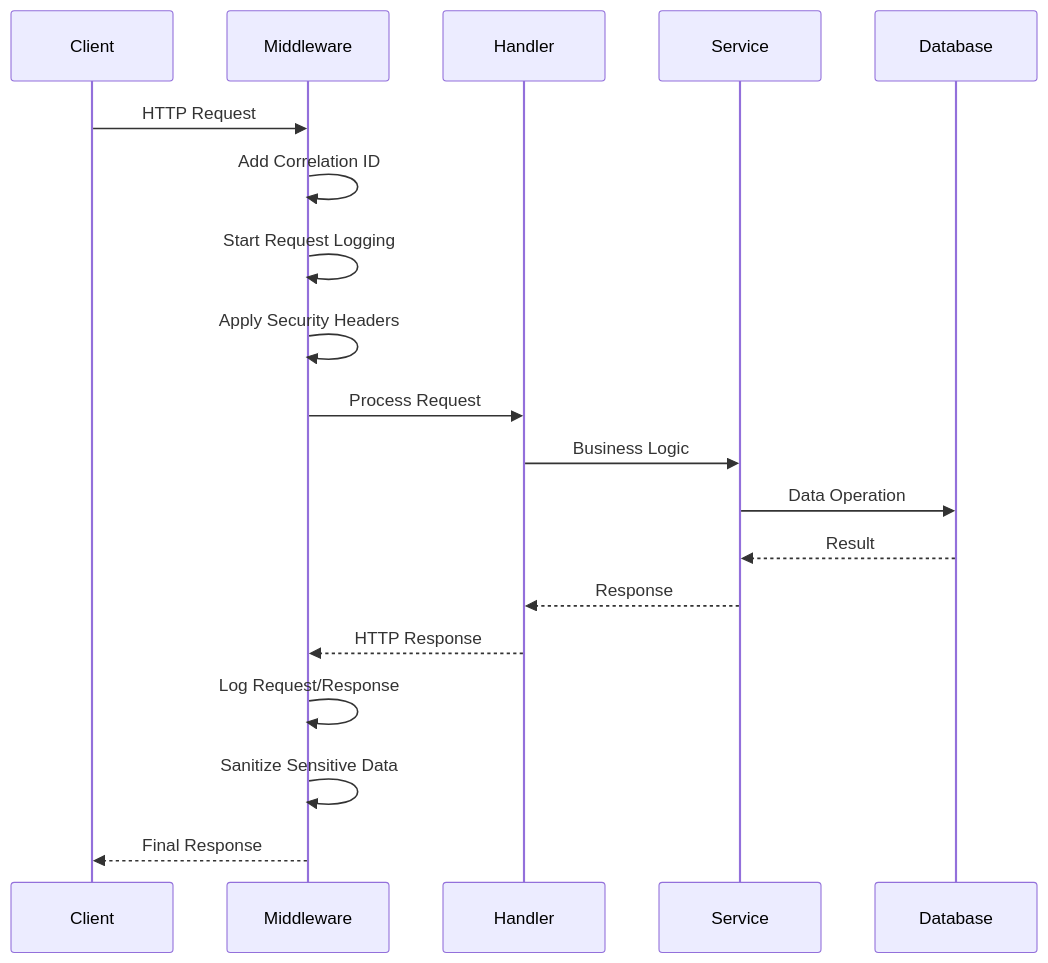
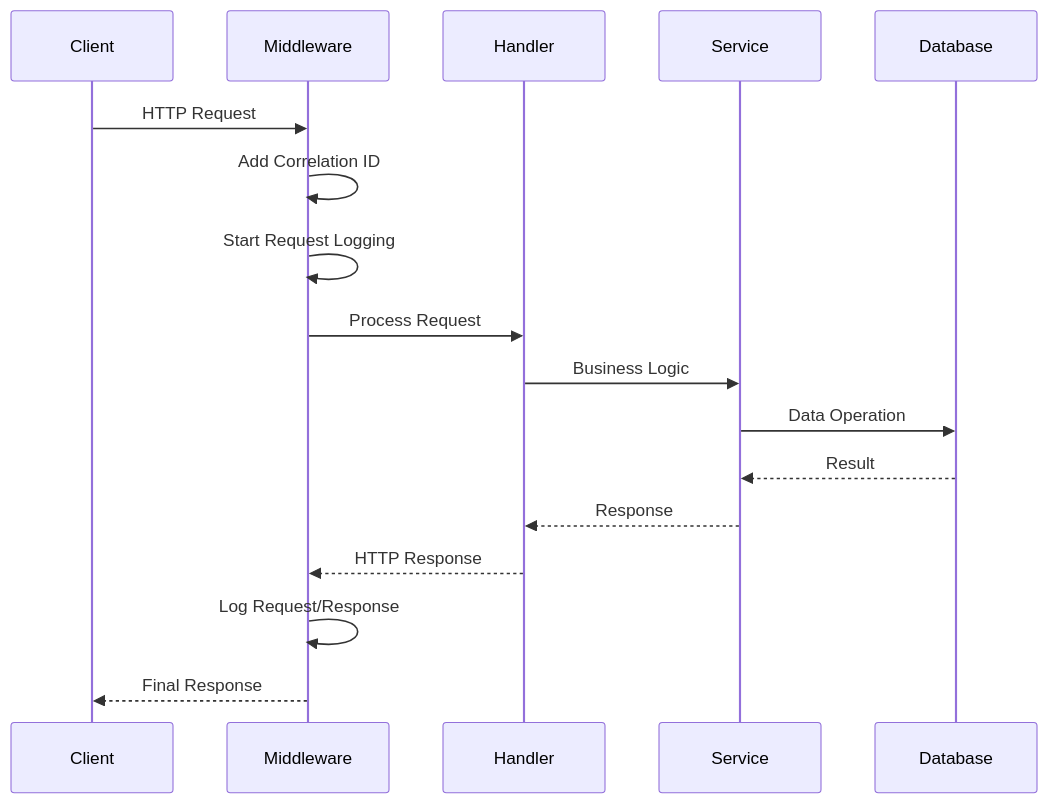
The second of 3 diagrams in README.md (STICORP/tributum-back), drawn with Mermaid before and after one commit. The commit also changed other lines of this file and 1 other file, not shown here.

````diff
--- a/README.md
+++ b/README.md
@@ -93,22 +145,20 @@
 ```mermaid
 sequenceDiagram
     participant C as Client
     participant M as Middleware
     participant H as Handler
     participant S as Service
     participant D as Database
 
     C->>M: HTTP Request
     M->>M: Add Correlation ID
     M->>M: Start Request Logging
-    M->>M: Apply Security Headers
     M->>H: Process Request
     H->>S: Business Logic
     S->>D: Data Operation
     D-->>S: Result
     S-->>H: Response
     H-->>M: HTTP Response
     M->>M: Log Request/Response
-    M->>M: Sanitize Sensitive Data
     M-->>C: Final Response
 ```
````
